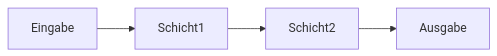
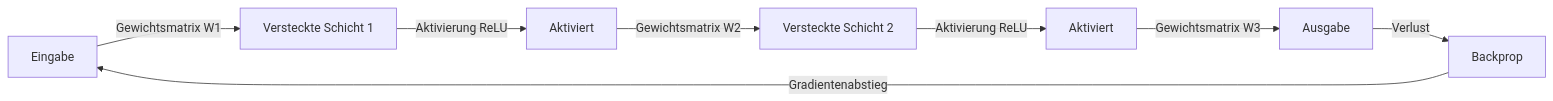
Before and after one commit to EmersonBraun/ai-summary-hub: the diagram in i18n/de/docusaurus-plugin-content-docs/current/neural-networks/index.md, drawn with Mermaid. The commit also changed other lines of this file and 178 other files, not shown here.

````diff
--- a/i18n/de/docusaurus-plugin-content-docs/current/neural-networks/index.md
+++ b/i18n/de/docusaurus-plugin-content-docs/current/neural-networks/index.md
@@ -17,6 +21,10 @@
 ```mermaid
 flowchart LR
-  Input[Eingabe] --> Layer1[Schicht1]
-  Layer1 --> Layer2[Schicht2]
-  Layer2 --> Output[Ausgabe]
+  Input[Eingabe] -->|Gewichtsmatrix W1| Layer1[Versteckte Schicht 1]
+  Layer1 -->|Aktivierung ReLU| Layer1A[Aktiviert]
+  Layer1A -->|Gewichtsmatrix W2| Layer2[Versteckte Schicht 2]
+  Layer2 -->|Aktivierung ReLU| Layer2A[Aktiviert]
+  Layer2A -->|Gewichtsmatrix W3| Output[Ausgabe]
+  Output -->|Verlust| Backprop[Backprop]
+  Backprop -->|Gradientenabstieg| Input
 ```
````
